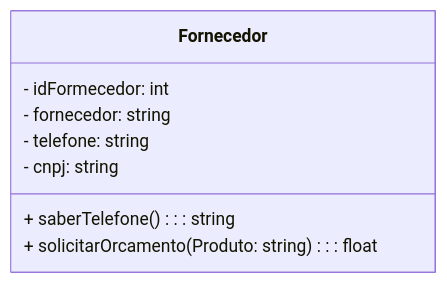
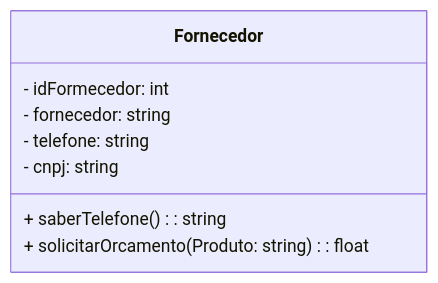
Before and after one commit to MTECHDevelopment/poojavaceub-grupo-3: the diagram in Fornecedor.md, drawn with Mermaid.

````diff
--- a/Fornecedor.md
+++ b/Fornecedor.md
@@ -2,12 +2,12 @@
 ```mermaid
 classDiagram
   class Fornecedor{
     - idFormecedor: int
     - fornecedor: string
     - telefone: string
     - cnpj: string
-    + saberTelefone() : : string
-    + solicitarOrcamento(Produto: string) : : float
+    + saberTelefone() : string
+    + solicitarOrcamento(Produto: string) : float
   }
 
 ```
````
